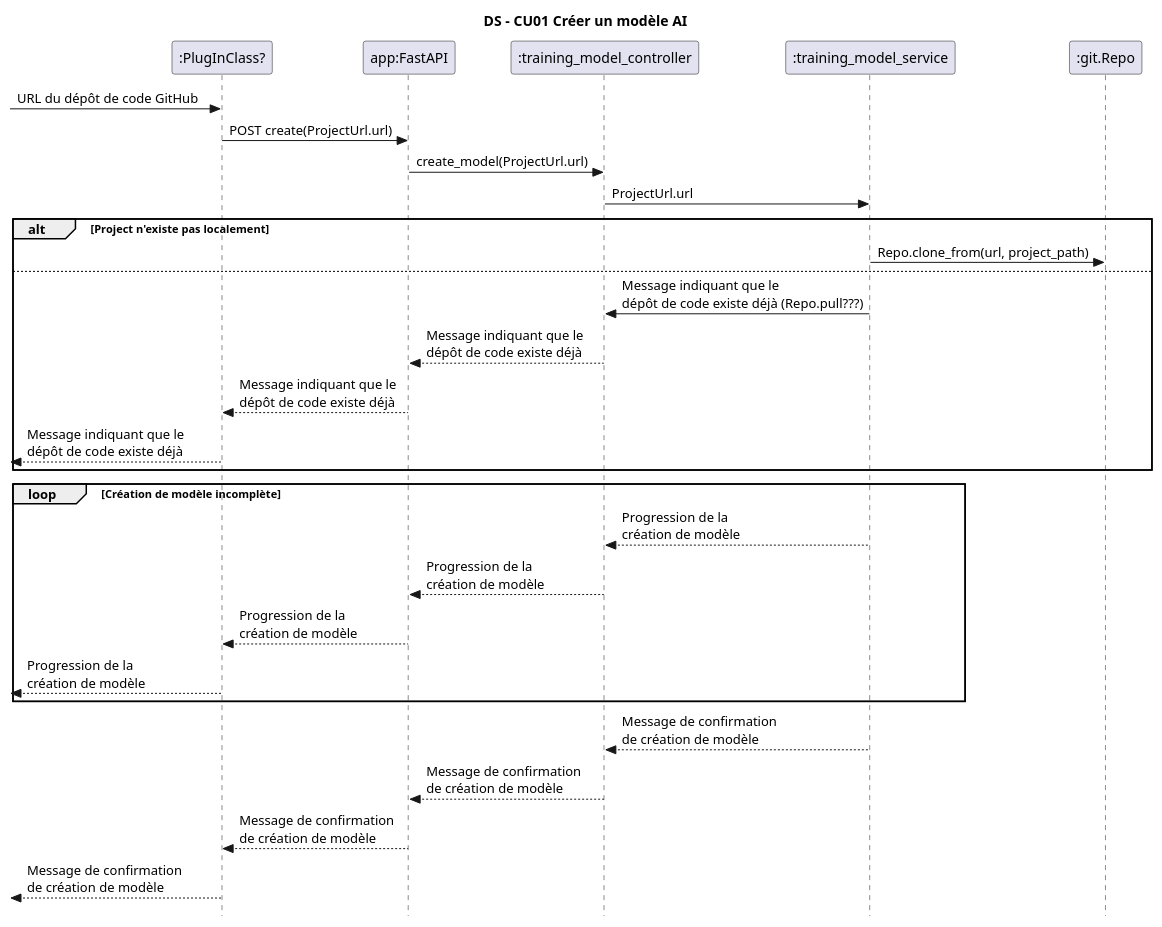
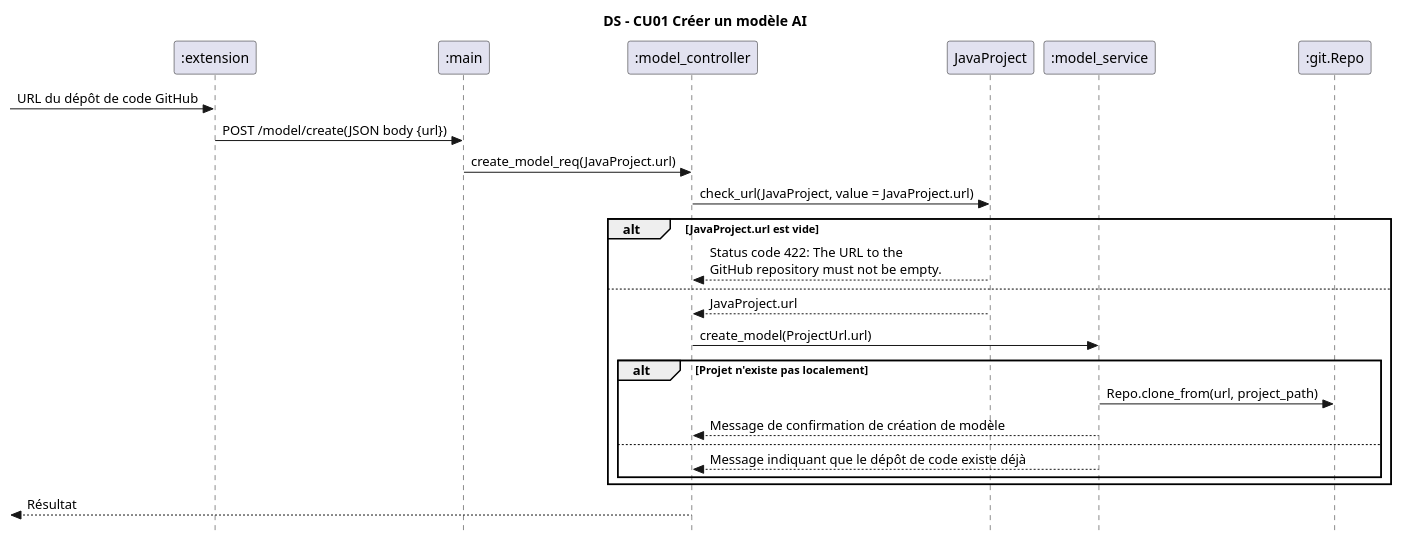
One commit to DaREf-MS/log-density-plugin changed the diagram in artifacts/ds_cu01.puml. Above: the diagram before and after it, drawn with PlantUML. The commit also changed 3 other files, not shown here.

Commit message:
Updated sequence and class diagrams

```diff
--- a/artifacts/ds_cu01.puml
+++ b/artifacts/ds_cu01.puml
@@ -1,37 +1,32 @@
 @startuml
 title DS - CU01 Créer un modèle AI
 skinparam style strictuml
 
-participant ":PlugInClass?" as plugin
-participant "app:FastAPI" as app
-participant ":training_model_controller" as modelController
-participant ":training_model_service" as modelService
+participant ":extension" as extension
+participant ":main" as main
+participant ":model_controller" as model_controller
+participant JavaProject
+participant ":model_service" as model_service
 participant ":git.Repo" as github
 
--> plugin : URL du dépôt de code GitHub
+-> extension : URL du dépôt de code GitHub
 
-plugin -> app : POST create(ProjectUrl.url)
-app -> modelController : create_model(ProjectUrl.url)
-modelController -> modelService : ProjectUrl.url
+extension -> main : POST /model/create(JSON body {url})
+main -> model_controller : create_model_req(JavaProject.url)
+model_controller -> JavaProject : check_url(JavaProject, value = JavaProject.url)
+alt JavaProject.url est vide
+    JavaProject --> model_controller : Status code 422: The URL to the\nGitHub repository must not be empty.
+else
+    JavaProject --> model_controller : JavaProject.url
+    model_controller -> model_service : create_model(ProjectUrl.url)
 
-alt Project n'existe pas localement
-    modelService -> github : Repo.clone_from(url, project_path)
-else
-    modelService -> modelController : Message indiquant que le\ndépôt de code existe déjà (Repo.pull???)
-    modelController --> app : Message indiquant que le\ndépôt de code existe déjà
-    app --> plugin : Message indiquant que le\ndépôt de code existe déjà
-    <-- plugin : Message indiquant que le\ndépôt de code existe déjà
+    alt Projet n'existe pas localement
+        model_service -> github : Repo.clone_from(url, project_path)
+        model_service --> model_controller : Message de confirmation de création de modèle
+    else
+        model_service --> model_controller : Message indiquant que le dépôt de code existe déjà
+    end
 end
 
-loop Création de modèle incomplète
-    modelService --> modelController : Progression de la\ncréation de modèle
-    modelController --> app : Progression de la\ncréation de modèle
-    app --> plugin : Progression de la\ncréation de modèle
-    <-- plugin : Progression de la\ncréation de modèle
-end
-
-modelService --> modelController : Message de confirmation\nde création de modèle
-modelController --> app : Message de confirmation\nde création de modèle
-app --> plugin : Message de confirmation\nde création de modèle
-<-- plugin : Message de confirmation\nde création de modèle
+<-- model_controller : Résultat
 @enduml
```
